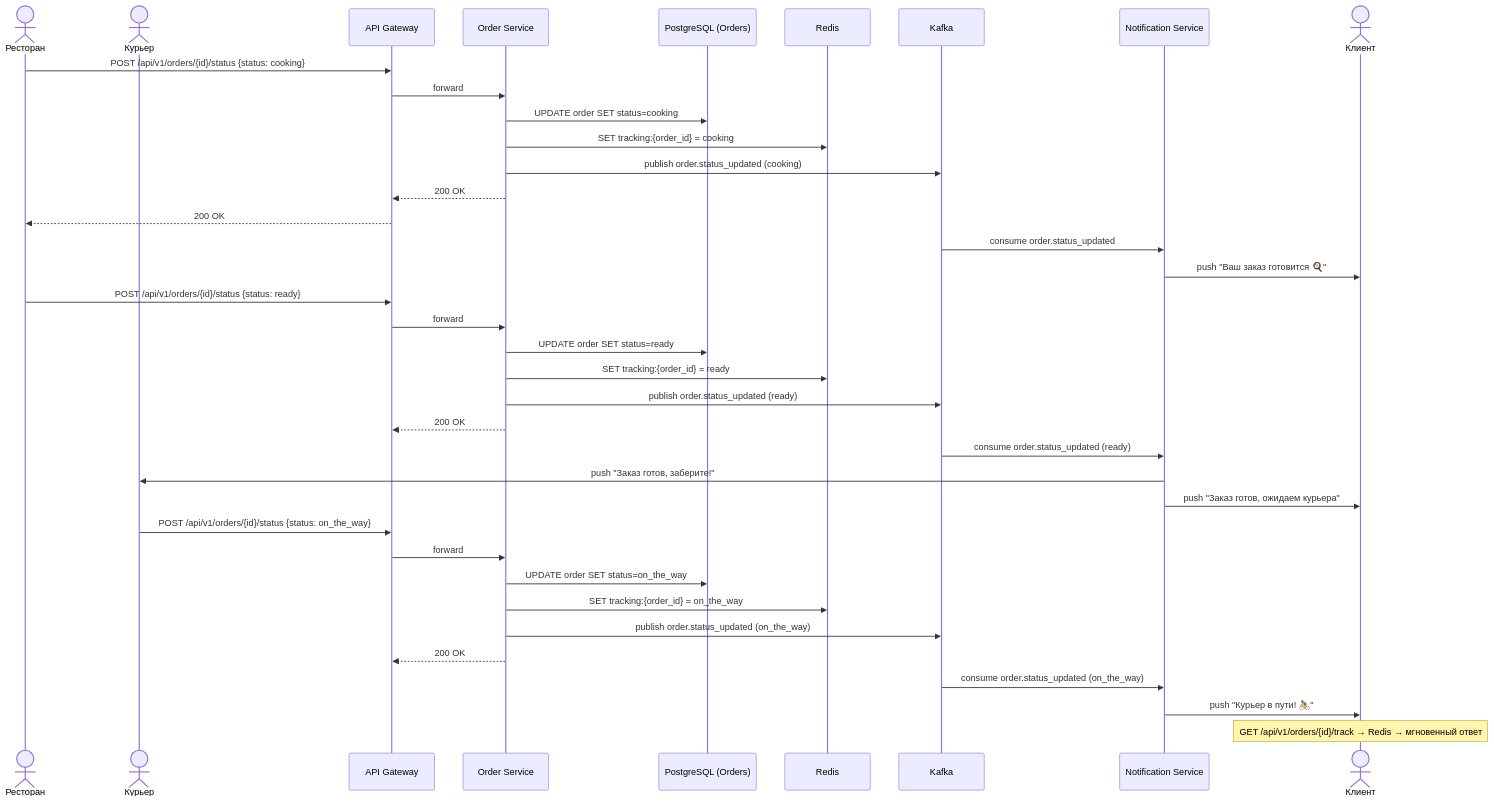
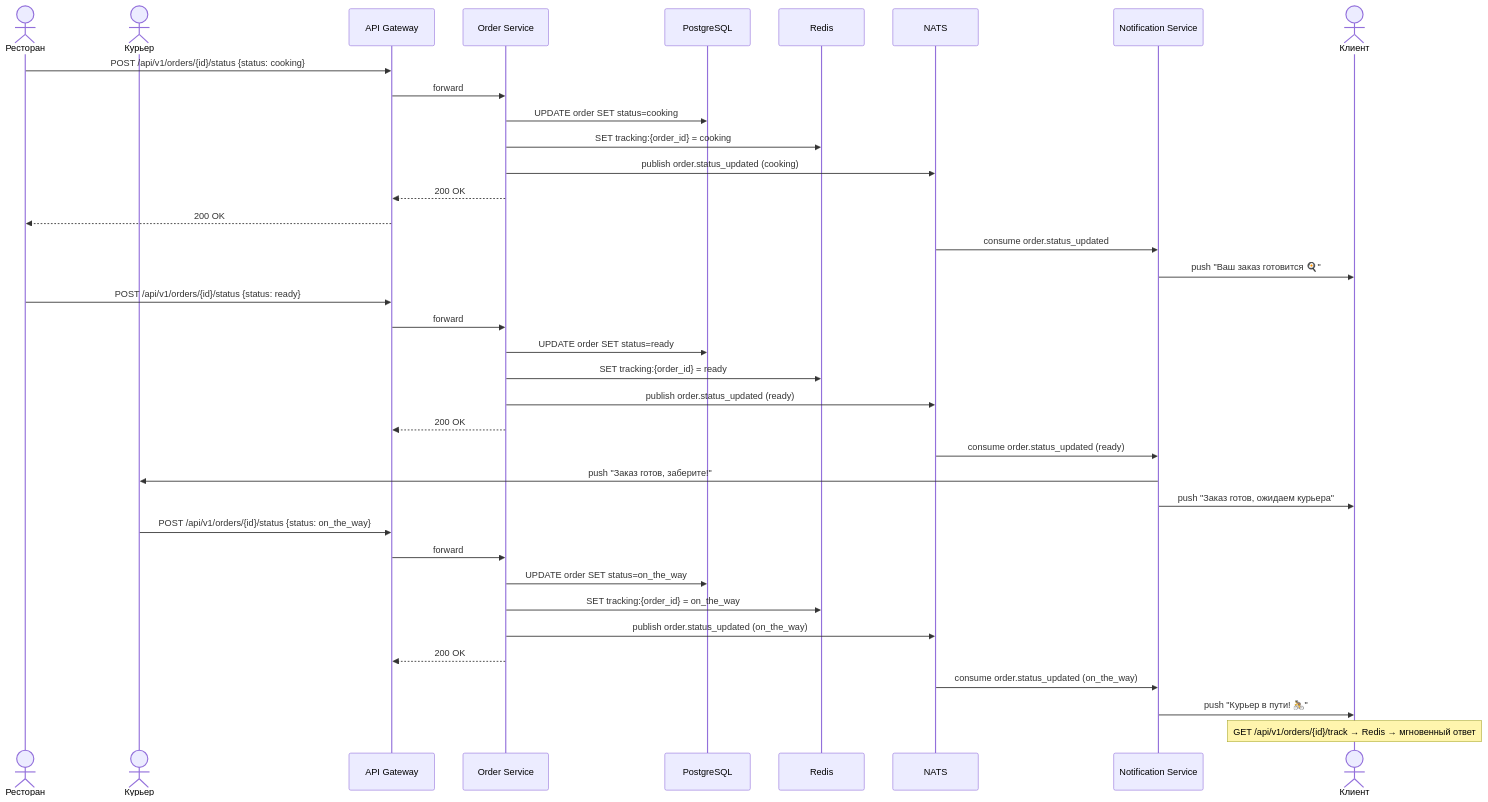
The fifth of 5 diagrams in docs/architecture.md (ichinosekei/highload), drawn with Mermaid before and after one commit. The commit also changed other lines of this file and 2 other files, not shown here.

````diff
--- a/docs/architecture.md
+++ b/docs/architecture.md
@@ -229,46 +227,46 @@
 ```mermaid
 sequenceDiagram
     actor Rest as Ресторан
     actor Courier as Курьер
     participant GW as API Gateway
     participant OS as Order Service
-    participant PG as PostgreSQL (Orders)
+    participant PG as PostgreSQL
     participant Redis as Redis
-    participant Kafka as Kafka
+    participant NATS as NATS
     participant NS as Notification Service
     actor Client as Клиент
 
     Rest->>GW: POST /api/v1/orders/{id}/status {status: cooking}
     GW->>OS: forward
     OS->>PG: UPDATE order SET status=cooking
     OS->>Redis: SET tracking:{order_id} = cooking
-    OS->>Kafka: publish order.status_updated (cooking)
+    OS->>NATS: publish order.status_updated (cooking)
     OS-->>GW: 200 OK
     GW-->>Rest: 200 OK
 
-    Kafka->>NS: consume order.status_updated
+    NATS->>NS: consume order.status_updated
     NS->>Client: push "Ваш заказ готовится 🍳"
 
     Rest->>GW: POST /api/v1/orders/{id}/status {status: ready}
     GW->>OS: forward
     OS->>PG: UPDATE order SET status=ready
     OS->>Redis: SET tracking:{order_id} = ready
-    OS->>Kafka: publish order.status_updated (ready)
+    OS->>NATS: publish order.status_updated (ready)
     OS-->>GW: 200 OK
 
-    Kafka->>NS: consume order.status_updated (ready)
+    NATS->>NS: consume order.status_updated (ready)
     NS->>Courier: push "Заказ готов, заберите!"
     NS->>Client: push "Заказ готов, ожидаем курьера"
 
     Courier->>GW: POST /api/v1/orders/{id}/status {status: on_the_way}
     GW->>OS: forward
     OS->>PG: UPDATE order SET status=on_the_way
     OS->>Redis: SET tracking:{order_id} = on_the_way
-    OS->>Kafka: publish order.status_updated (on_the_way)
+    OS->>NATS: publish order.status_updated (on_the_way)
     OS-->>GW: 200 OK
 
-    Kafka->>NS: consume order.status_updated (on_the_way)
+    NATS->>NS: consume order.status_updated (on_the_way)
     NS->>Client: push "Курьер в пути! 🚴"
 
     Note over Client: GET /api/v1/orders/{id}/track → Redis → мгновенный ответ
 ```
````
